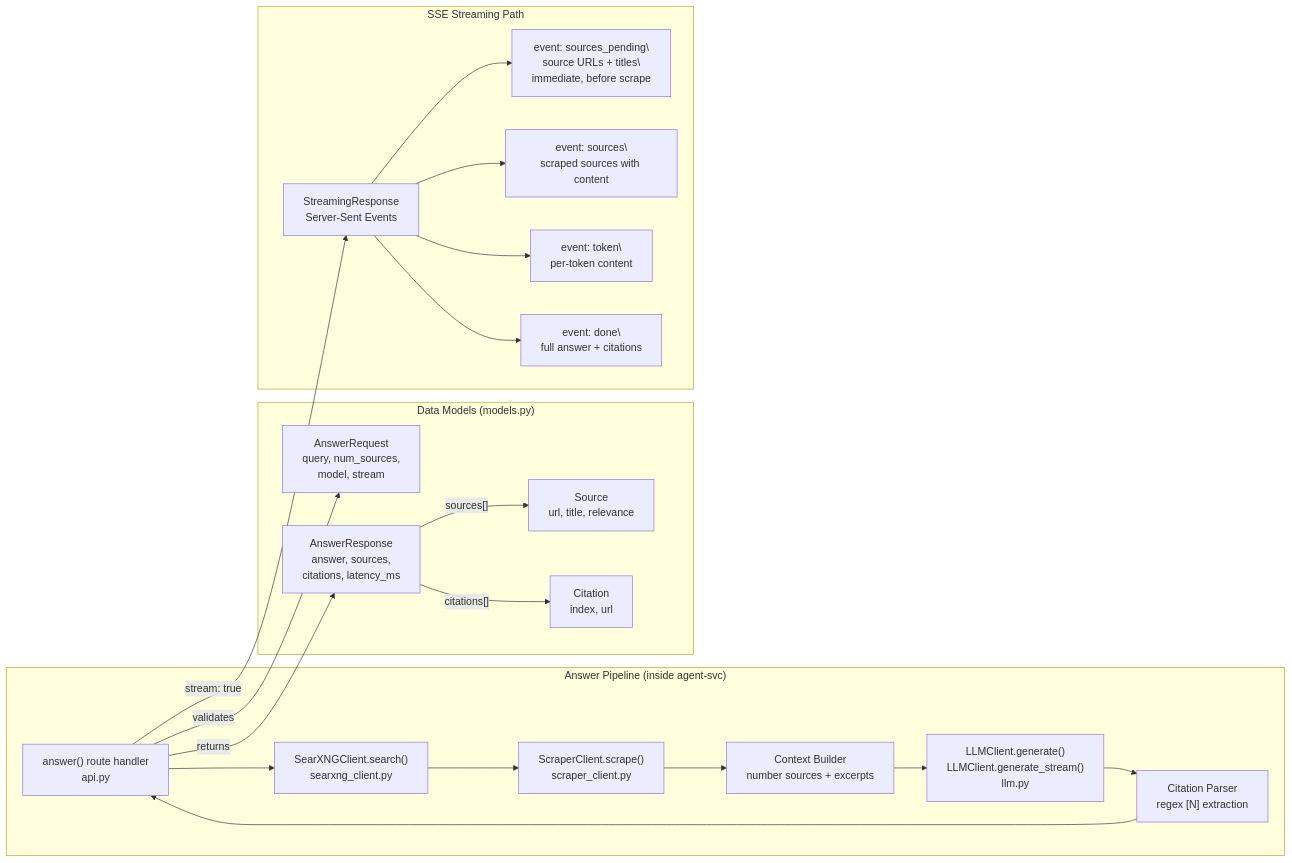
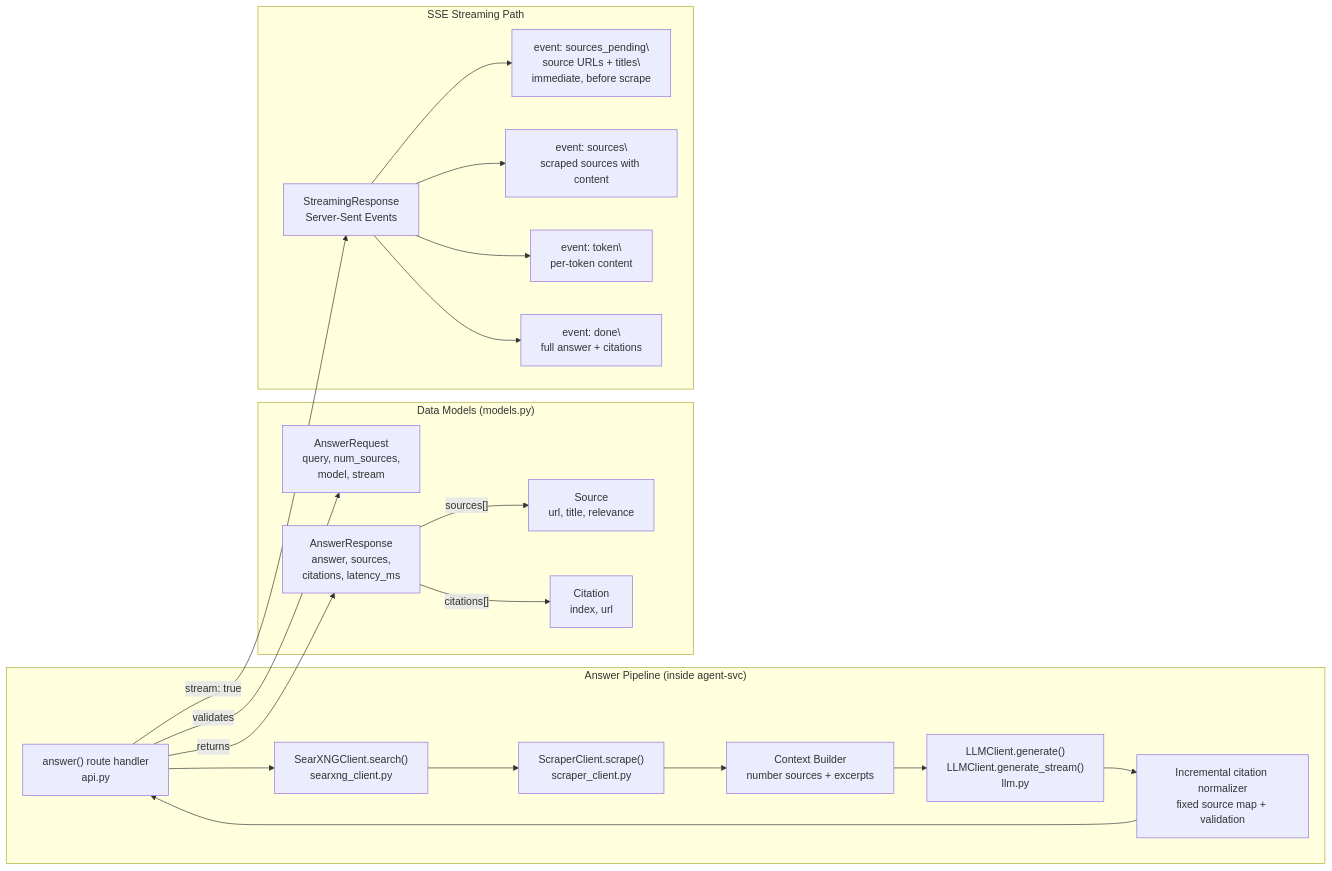
One commit to groktopus/groktocrawl changed the second of 2 diagrams in docs/adr/0017-grounded-qa-endpoint.md. Above: the diagram before and after it, drawn with Mermaid. The commit also changed other lines of this file and 15 other files, not shown here.

````diff
--- a/docs/adr/0017-grounded-qa-endpoint.md
+++ b/docs/adr/0017-grounded-qa-endpoint.md
@@ -265,45 +266,45 @@
 ```mermaid
 flowchart LR
     subgraph answer["Answer Pipeline (inside agent-svc)"]
         ROUTE["answer() route handler\napi.py"]
         SEARCH["SearXNGClient.search()\nsearxng_client.py"]
         SCRAPE["ScraperClient.scrape()\nscraper_client.py"]
         CONTEXT["Context Builder\nnumber sources + excerpts"]
         LLM_CLIENT["LLMClient.generate()\nLLMClient.generate_stream()\nllm.py"]
-        CITE["Citation Parser\nregex [N] extraction"]
+        CITE["Incremental citation normalizer\nfixed source map + validation"]
 
         ROUTE --> SEARCH
         SEARCH --> SCRAPE
         SCRAPE --> CONTEXT
         CONTEXT --> LLM_CLIENT
         LLM_CLIENT --> CITE
         CITE --> ROUTE
     end
 
     subgraph models["Data Models (models.py)"]
         REQ["AnswerRequest\nquery, num_sources,\nmodel, stream"]
         RES["AnswerResponse\nanswer, sources,\ncitations, latency_ms"]
         SRC["Source\nurl, title, relevance"]
         CIT["Citation\nindex, url"]
     end
 
     ROUTE -->|"validates"| REQ
     ROUTE -->|"returns"| RES
     RES -->|"sources[]"| SRC
     RES -->|"citations[]"| CIT
 
     subgraph streaming["SSE Streaming Path"]
         SSE["StreamingResponse\nServer-Sent Events"]
         EVT_PEND["event: sources_pending\\nsource URLs + titles\\nimmediate, before scrape"]
         EVT_SRC["event: sources\\nscraped sources with content"]
         EVT_TOK["event: token\\nper-token content"]
         EVT_DONE["event: done\\nfull answer + citations"]
 
         SSE --> EVT_PEND
         SSE --> EVT_SRC
         SSE --> EVT_TOK
         SSE --> EVT_DONE
     end
 
     ROUTE -->|"stream: true"| SSE
 ```
````
